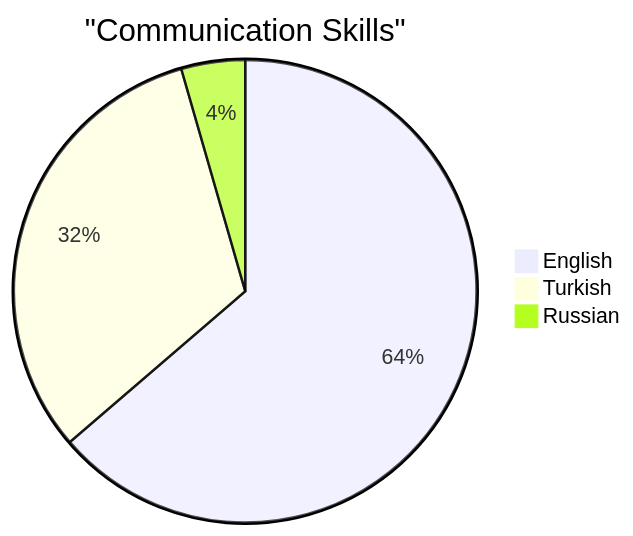
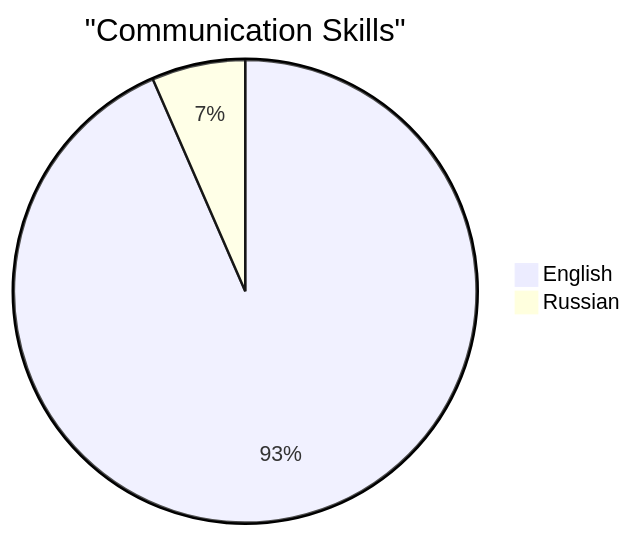
The diagram in README.md (dragonboe/dragonboe), drawn with Mermaid before and after one commit.

````diff
--- a/README.md
+++ b/README.md
@@ -50,6 +50,5 @@
 ```mermaid
 pie title "Communication Skills"
     "English" : 100
-    "Turkish" : 50
     "Russian" : 7
 ```
````
